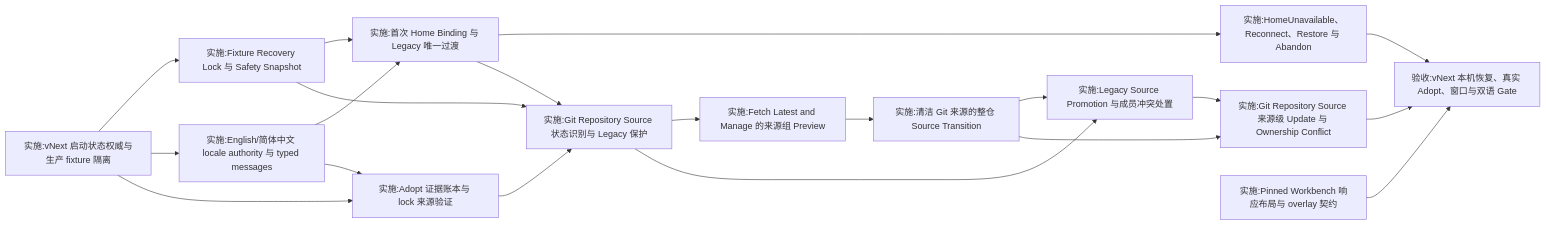
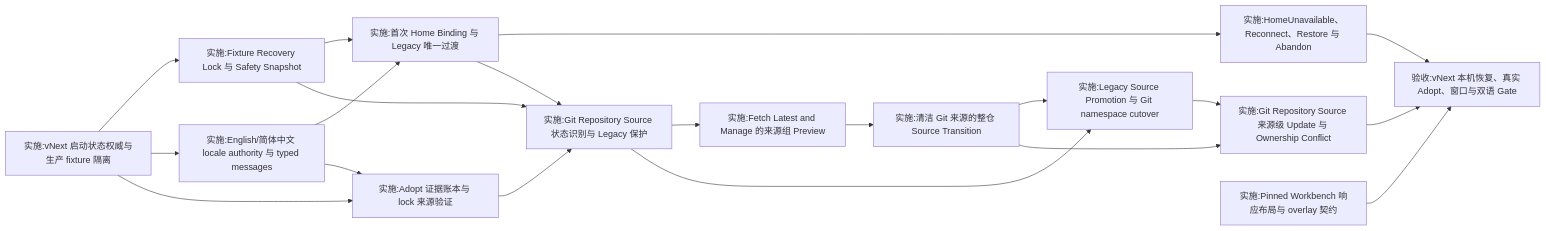
The second of 2 diagrams in docs/vnext-implementation-spec.md (RookieZoe/skill-man), drawn with Mermaid before and after one commit. The commit also changed other lines of this file and 8 other files, not shown here.

Commit message:
docs: define Git source namespace model (#74)

````diff
--- a/docs/vnext-implementation-spec.md
+++ b/docs/vnext-implementation-spec.md
@@ -640,22 +703,22 @@
 ```mermaid
 flowchart LR
     A[实施:vNext 启动状态权威与生产 fixture 隔离] --> B[实施:Fixture Recovery Lock 与 Safety Snapshot]
     A --> E[实施:English/简体中文 locale authority 与 typed messages]
     B --> C[实施:首次 Home Binding 与 Legacy 唯一过渡]
     E --> C
     C --> D[实施:HomeUnavailable、Reconnect、Restore 与 Abandon]
     A --> G[实施:Adopt 证据账本与 lock 来源验证]
     E --> G
     B --> K[实施:Git Repository Source 状态识别与 Legacy 保护]
     C --> K
     G --> K
     K --> L[实施:Fetch Latest and Manage 的来源组 Preview]
     L --> M[实施:清洁 Git 来源的整仓 Source Transition]
-    K --> N[实施:Legacy Source Promotion 与成员冲突处置]
+    K --> N[实施:Legacy Source Promotion 与 Git namespace cutover]
     M --> N
     M --> J[实施:Git Repository Source 来源级 Update 与 Ownership Conflict]
     N --> J
     D --> I[验收:vNext 本机恢复、真实 Adopt、窗口与双语 Gate]
     F[实施:Pinned Workbench 响应布局与 overlay 契约] --> I
     J --> I
 ```
````
